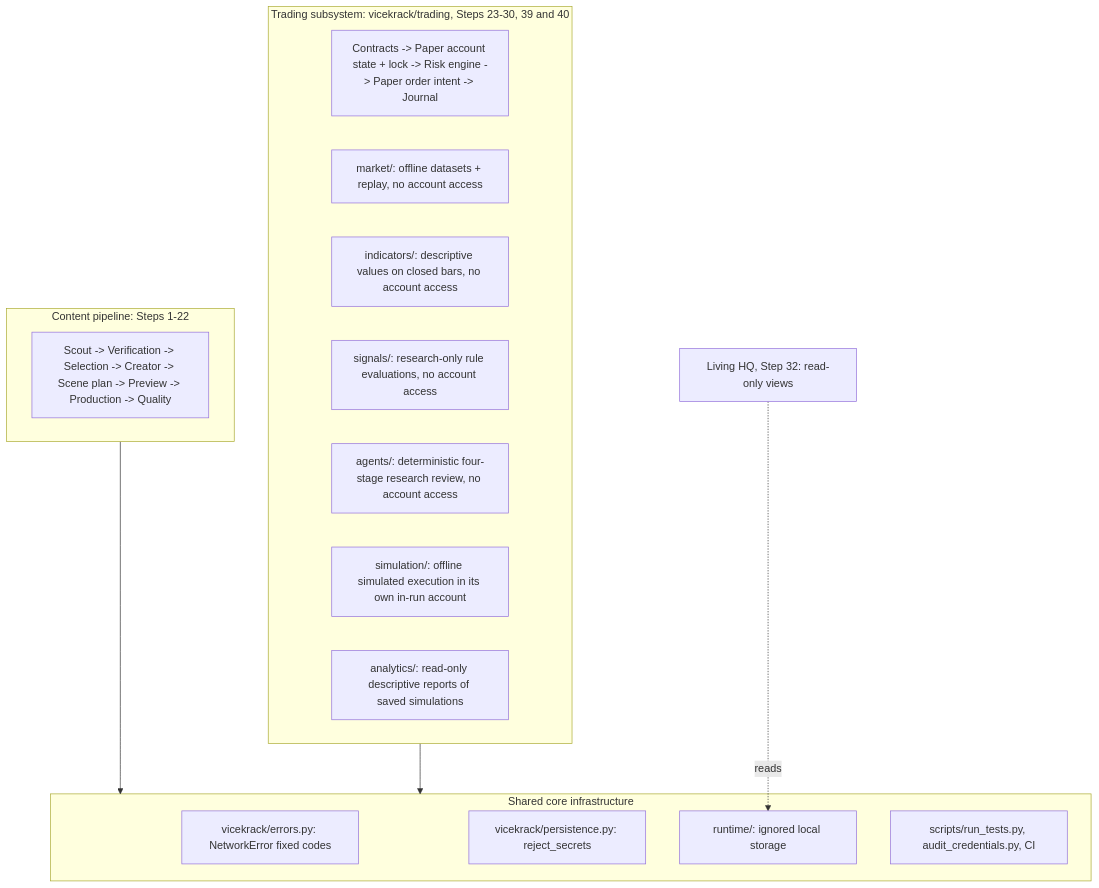
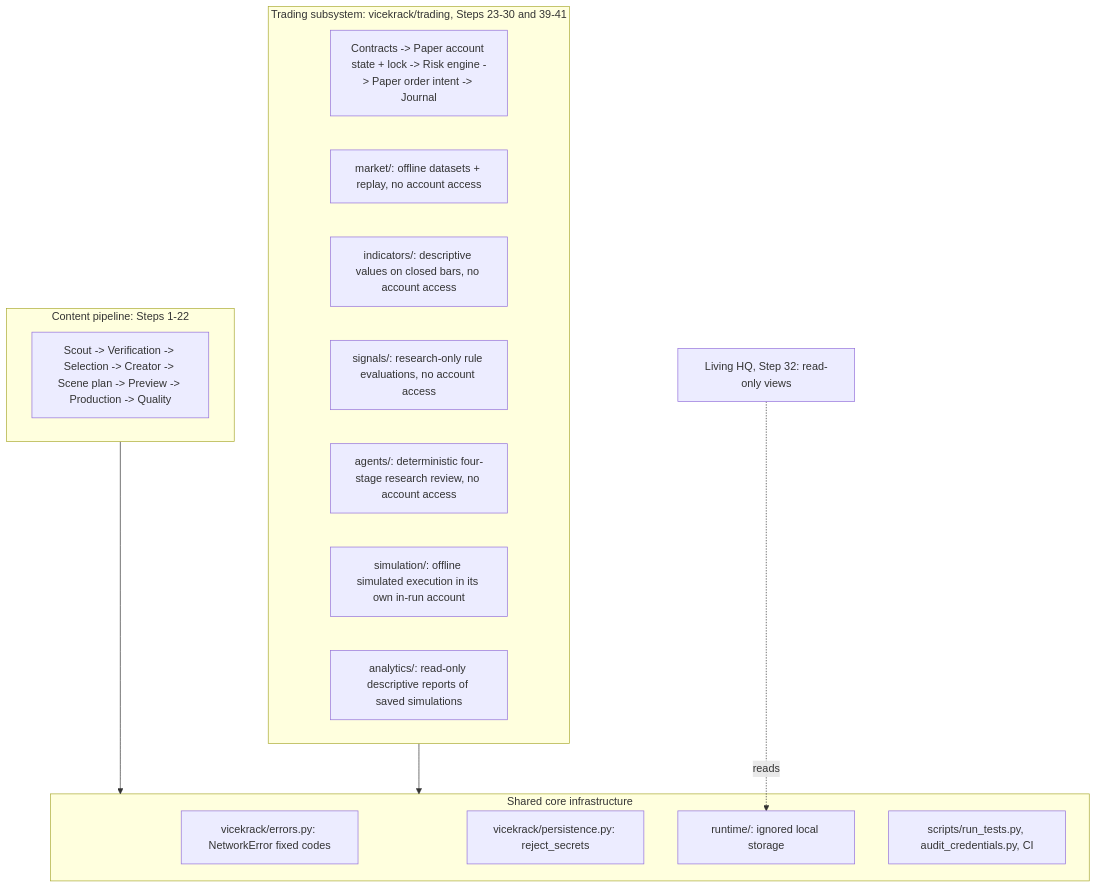
Before and after one commit to richburtonjr-pixel/-Vicekrack-agent-network: the diagram in docs/subsystems.md, drawn with Mermaid. The commit also changed other lines of this file and 36 other files, not shown here.

````diff
--- a/docs/subsystems.md
+++ b/docs/subsystems.md
@@ -6,25 +6,25 @@
 ```mermaid
 flowchart TB
     subgraph Core[Shared core infrastructure]
         E[vicekrack/errors.py: NetworkError fixed codes]
         P[vicekrack/persistence.py: reject_secrets]
         R[runtime/: ignored local storage]
         CI[scripts/run_tests.py, audit_credentials.py, CI]
     end
     subgraph Content[Content pipeline: Steps 1-22]
         C1[Scout -> Verification -> Selection -> Creator -> Scene plan -> Preview -> Production -> Quality]
     end
-    subgraph Trading[Trading subsystem: vicekrack/trading, Steps 23-30, 39 and 40]
+    subgraph Trading[Trading subsystem: vicekrack/trading, Steps 23-30 and 39-41]
         T1[Contracts -> Paper account state + lock -> Risk engine -> Paper order intent -> Journal]
         T2[market/: offline datasets + replay, no account access]
         T3[indicators/: descriptive values on closed bars, no account access]
         T4[signals/: research-only rule evaluations, no account access]
         T5[agents/: deterministic four-stage research review, no account access]
         T6[simulation/: offline simulated execution in its own in-run account]
         T7[analytics/: read-only descriptive reports of saved simulations]
     end
     CC[Living HQ, Step 32: read-only views]
     Content --> Core
     Trading --> Core
     CC -. reads .-> R
 ```
````
